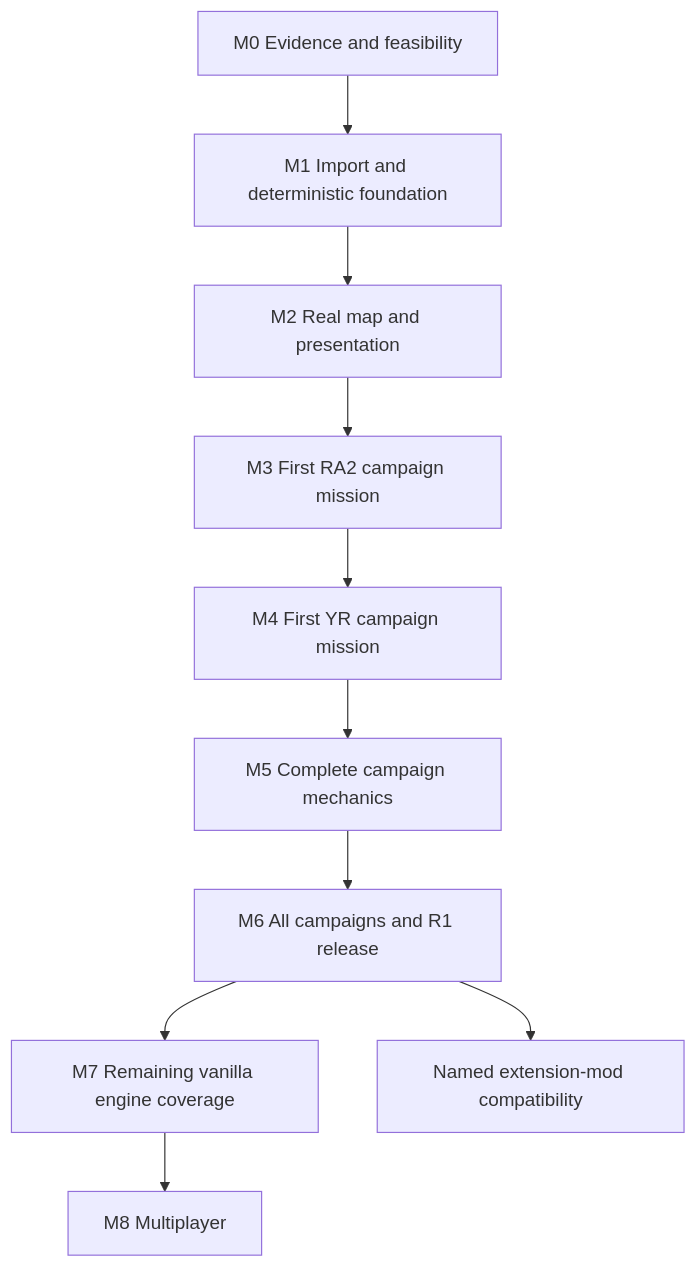
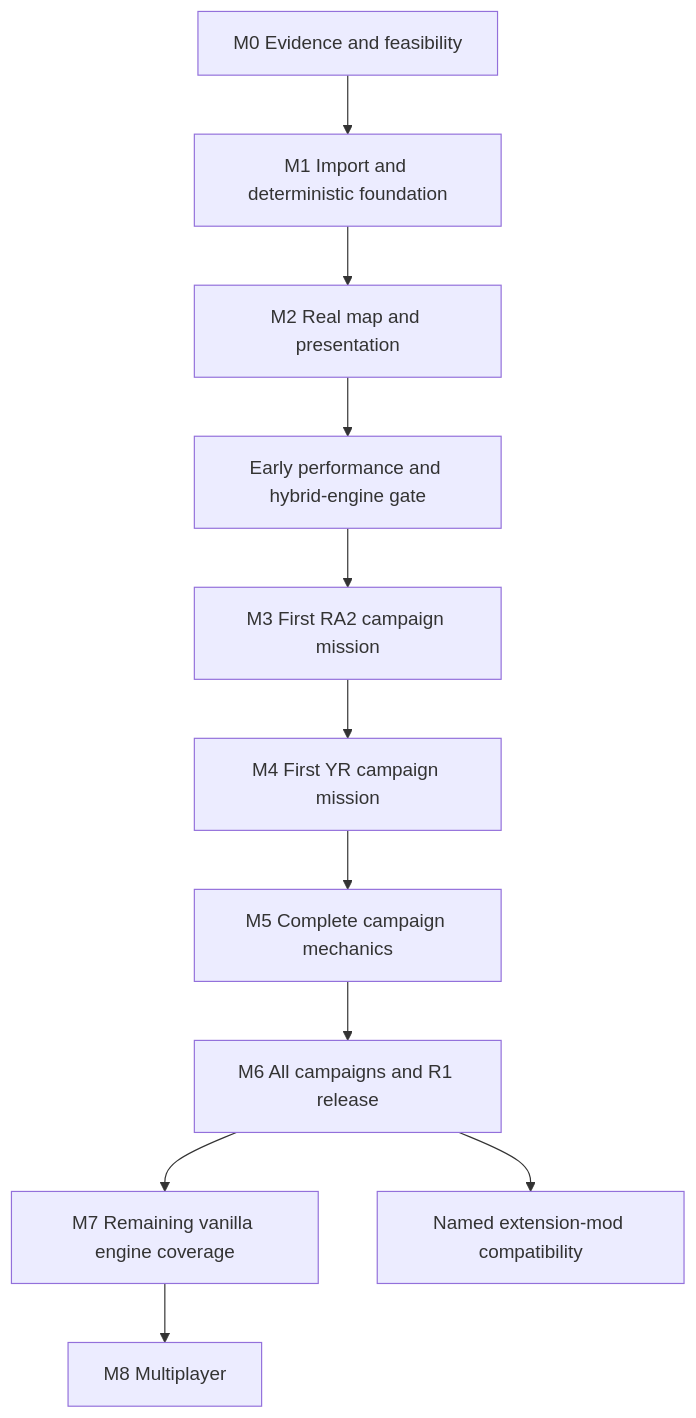
One commit to lictl/WebRA2 changed the diagram in docs/plan.md. Above: the diagram before and after it, drawn with Mermaid. The commit also changed other lines of this file and 6 other files, not shown here.

Commit message:
docs: establish hybrid engine and early performance gate

````diff
--- a/docs/plan.md
+++ b/docs/plan.md
@@ -36,12 +36,13 @@
 ```mermaid
 flowchart TD
     M0[M0 Evidence and feasibility] --> M1[M1 Import and deterministic foundation]
     M1 --> M2[M2 Real map and presentation]
-    M2 --> M3[M3 First RA2 campaign mission]
+    M2 --> P[Early performance and hybrid-engine gate]
+    P --> M3[M3 First RA2 campaign mission]
     M3 --> M4[M4 First YR campaign mission]
     M4 --> M5[M5 Complete campaign mechanics]
     M5 --> M6[M6 All campaigns and R1 release]
     M6 --> M7[M7 Remaining vanilla engine coverage]
     M7 --> M8[M8 Multiplayer]
     M6 --> X[Named extension-mod compatibility]
 ```
````
